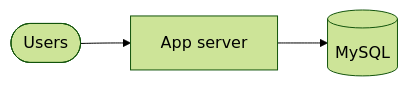
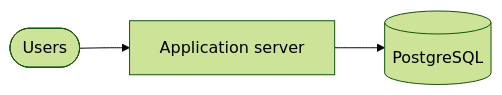
The seventh of 11 diagrams in _system_design/scalability.md (adnanrahin/adnanrahin.github.io), drawn with Mermaid (forest theme) before and after one commit. The commit also changed other lines of this file and 3 other files, not shown here.

````diff
--- a/_system_design/scalability.md
+++ b/_system_design/scalability.md
@@ -269,5 +244,5 @@
 ```mermaid
 flowchart LR
-    Users([Users]) --> App[App server]
-    App --> MySQL[(MySQL)]
+    Diners([Users]) --> App[Application server]
+    App --> PG[(PostgreSQL)]
 ```
````
